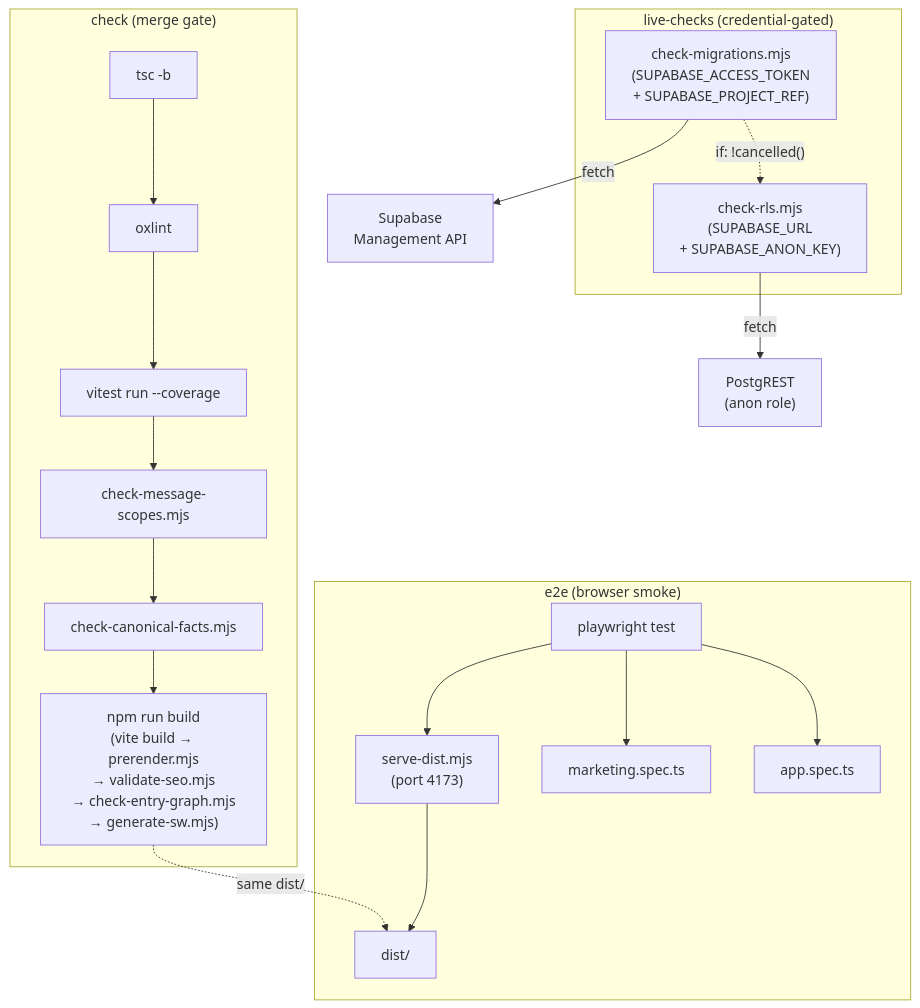
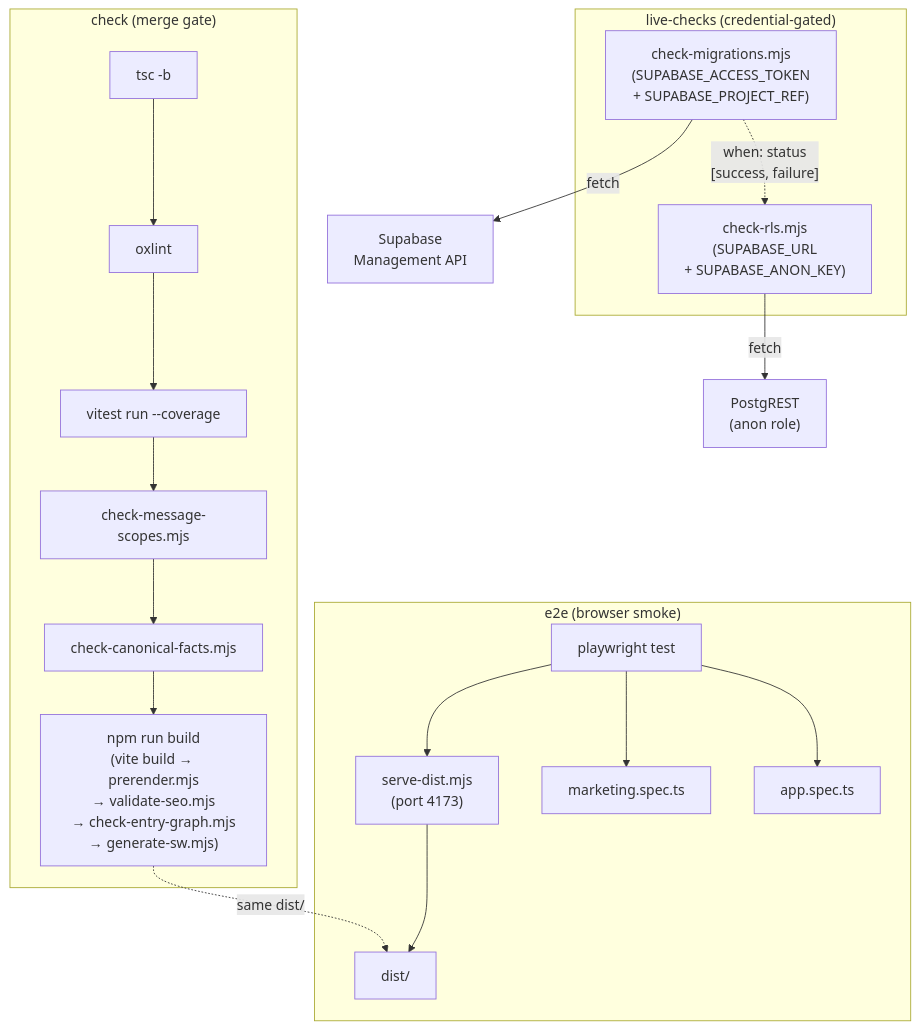
One commit to Dutiva-Canada/Dutiva_Web changed the fifth of 6 diagrams in docs/wiki/CI-Pipeline-Testing.md. Above: the diagram before and after it, drawn with Mermaid. The commit also changed other lines of this file and 590 other files, not shown here.

````diff
--- a/docs/wiki/CI-Pipeline-Testing.md
+++ b/docs/wiki/CI-Pipeline-Testing.md
@@ -335,35 +348,35 @@
 ```mermaid
 flowchart TB
     subgraph "check (merge gate)"
         TC["tsc -b"]
         LN["oxlint"]
         VT["vitest run --coverage"]
         MS["check-message-scopes.mjs"]
         CF["check-canonical-facts.mjs"]
         BD["npm run build\n(vite build → prerender.mjs\n→ validate-seo.mjs\n→ check-entry-graph.mjs\n→ generate-sw.mjs)"]
     end
 
     subgraph "live-checks (credential-gated)"
         MD["check-migrations.mjs\n(SUPABASE_ACCESS_TOKEN\n+ SUPABASE_PROJECT_REF)"]
         RL["check-rls.mjs\n(SUPABASE_URL\n+ SUPABASE_ANON_KEY)"]
     end
 
     subgraph "e2e (browser smoke)"
         PW["playwright test"]
         SD["serve-dist.mjs\n(port 4173)"]
         DIST["dist/"]
         MK["marketing.spec.ts"]
         AP["app.spec.ts"]
     end
 
     TC --> LN --> VT --> MS --> CF --> BD
-    MD -.->|"if: !cancelled()"| RL
+    MD -.->|"when: status\n[success, failure]"| RL
     BD -.->|"same dist/"| DIST
     PW --> SD
     SD --> DIST
     PW --> MK
     PW --> AP
 
     MD -->|"fetch"| SAPI["Supabase\nManagement API"]
     RL -->|"fetch"| PREST["PostgREST\n(anon role)"]
 ```
````
